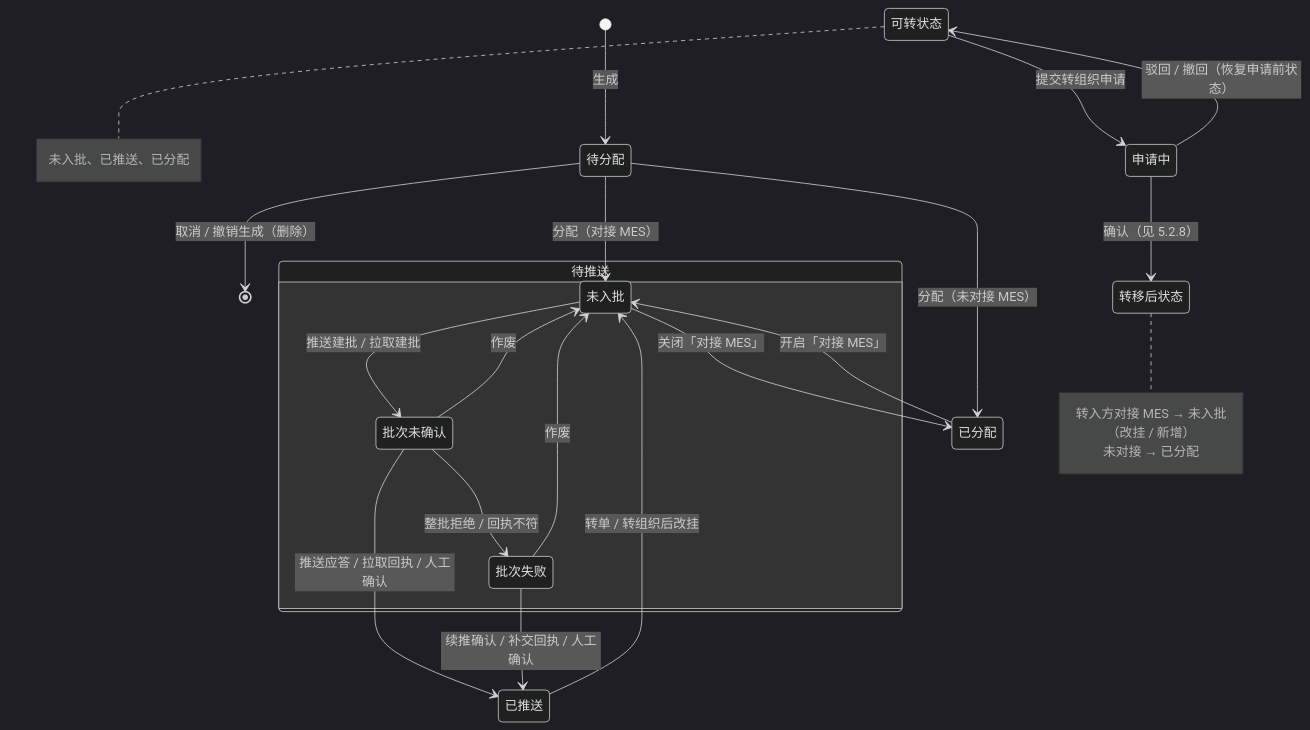
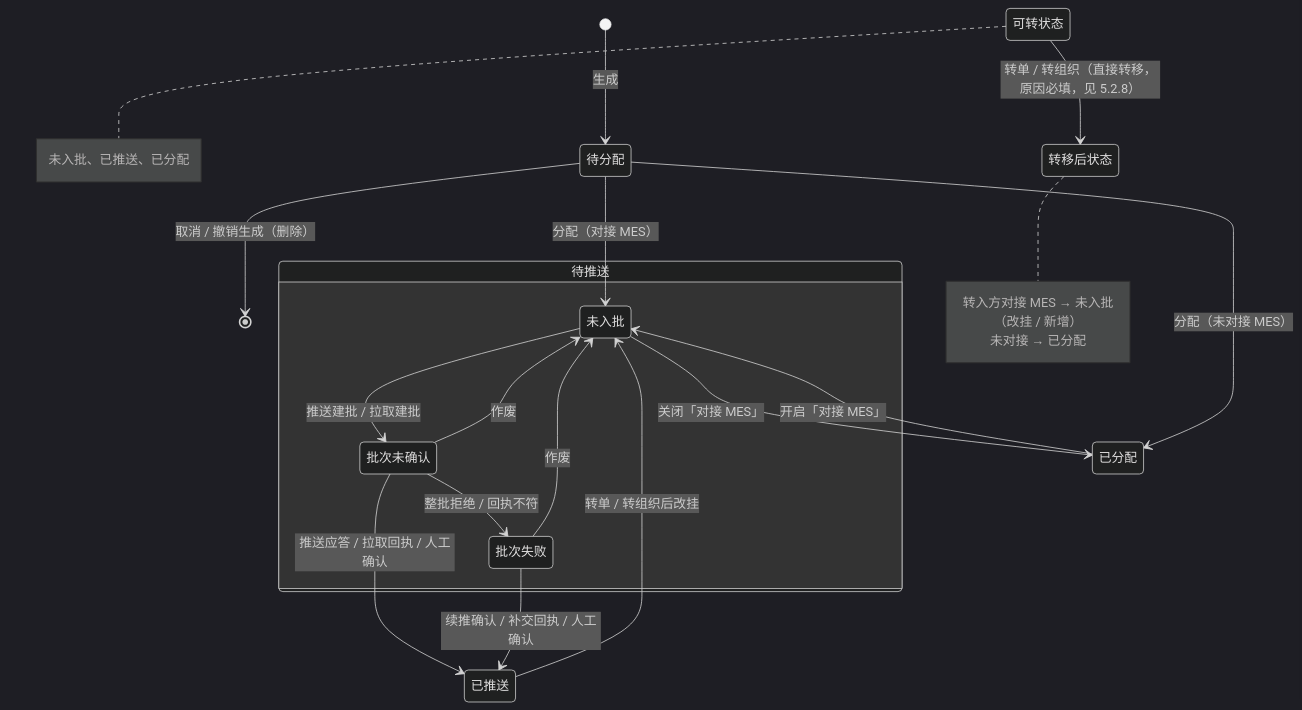
Before and after one commit to Createsnow/sn-center: the diagram in docs/images/系统技术方案/fig2-4-sn-state.mmd, drawn with Mermaid (dark theme). The commit also changed 39 other files, not shown here.

```diff
--- a/docs/images/系统技术方案/fig2-4-sn-state.mmd
+++ b/docs/images/系统技术方案/fig2-4-sn-state.mmd
@@ -1,22 +1,20 @@
 stateDiagram-v2
   direction TB
   [*] --> 待分配: 生成
   待分配 --> [*]: 取消 / 撤销生成（删除）
   待分配 --> 未入批: 分配（对接 MES）
   待分配 --> 已分配: 分配（未对接 MES）
   state 待推送 {
     未入批 --> 批次未确认: 推送建批 / 拉取建批
     批次未确认 --> 批次失败: 整批拒绝 / 回执不符
     批次未确认 --> 未入批: 作废
     批次失败 --> 未入批: 作废
   }
   批次未确认 --> 已推送: 推送应答 / 拉取回执 / 人工确认
   批次失败 --> 已推送: 续推确认 / 补交回执 / 人工确认
   未入批 --> 已分配: 关闭「对接 MES」
   已分配 --> 未入批: 开启「对接 MES」
   已推送 --> 未入批: 转单 / 转组织后改挂
-  可转状态 --> 申请中: 提交转组织申请
-  申请中 --> 可转状态: 驳回 / 撤回（恢复申请前状态）
-  申请中 --> 转移后状态: 确认（见 5.2.8）
+  可转状态 --> 转移后状态: 转单 / 转组织（直接转移，原因必填，见 5.2.8）
   note right of 可转状态: 未入批、已推送、已分配
   note right of 转移后状态: 转入方对接 MES → 未入批（改挂 / 新增）<br/>未对接 → 已分配
```
